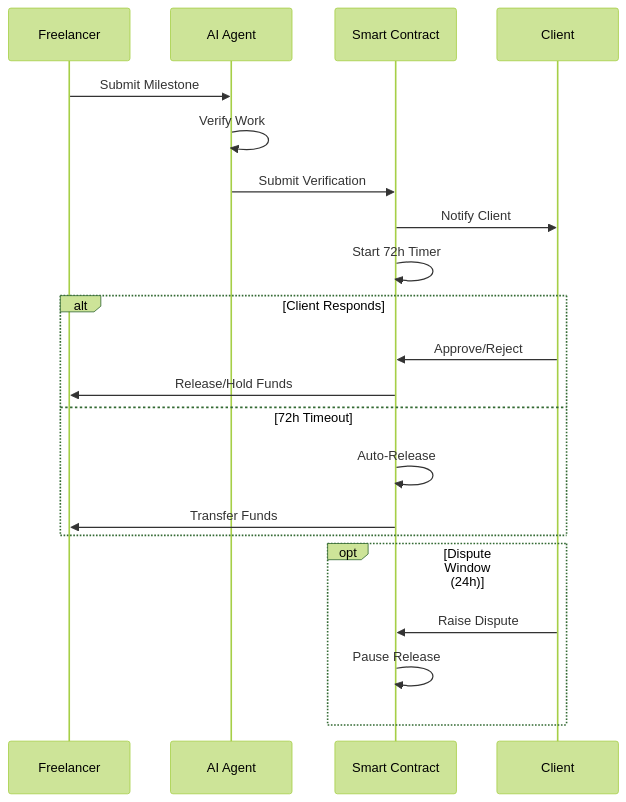
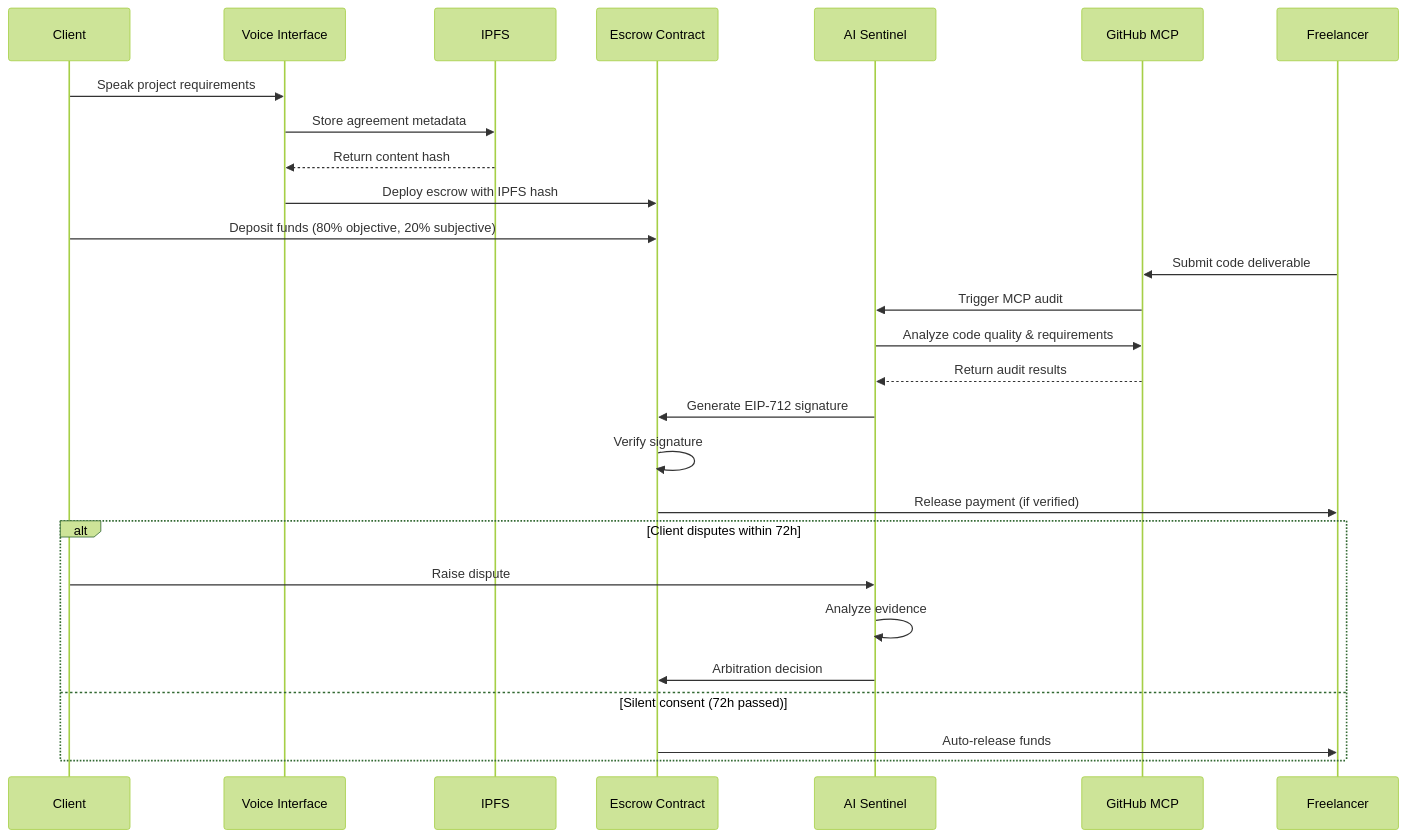
One commit to Aryan10022006/Vera changed the diagram in .kiro/Vera/design.md. Above: the diagram before and after it, drawn with Mermaid (forest theme). The commit also changed other lines of this file and 11 other files, not shown here.

````diff
--- a/.kiro/Vera/design.md
+++ b/.kiro/Vera/design.md
@@ -286,26 +13,33 @@
 ```mermaid
 sequenceDiagram
-    participant F as Freelancer
-    participant A as AI Agent
-    participant SC as Smart Contract
-    participant C as Client
+    participant Client
+    participant VoiceUI as Voice Interface
+    participant IPFS
+    participant SmartContract as Escrow Contract
+    participant AI as AI Sentinel
+    participant GitHub as GitHub MCP
+    participant Freelancer
+
+    Client->>VoiceUI: Speak project requirements
+    VoiceUI->>IPFS: Store agreement metadata
+    IPFS-->>VoiceUI: Return content hash
+    VoiceUI->>SmartContract: Deploy escrow with IPFS hash
+    Client->>SmartContract: Deposit funds (80% objective, 20% subjective)
     
-    F->>A: Submit Milestone
-    A->>A: Verify Work
-    A->>SC: Submit Verification
-    SC->>C: Notify Client
-    SC->>SC: Start 72h Timer
+    Freelancer->>GitHub: Submit code deliverable
+    GitHub->>AI: Trigger MCP audit
+    AI->>GitHub: Analyze code quality & requirements
+    GitHub-->>AI: Return audit results
     
-    alt Client Responds
-        C->>SC: Approve/Reject
-        SC->>F: Release/Hold Funds
-    else 72h Timeout
-        SC->>SC: Auto-Release
-        SC->>F: Transfer Funds
-    end
+    AI->>SmartContract: Generate EIP-712 signature
+    SmartContract->>SmartContract: Verify signature
+    SmartContract->>Freelancer: Release payment (if verified)
     
-    opt Dispute Window (24h)
-        C->>SC: Raise Dispute
-        SC->>SC: Pause Release
+    alt Client disputes within 72h
+        Client->>AI: Raise dispute
+        AI->>AI: Analyze evidence
+        AI->>SmartContract: Arbitration decision
+    else Silent consent (72h passed)
+        SmartContract->>Freelancer: Auto-release funds
     end
 ```
````
